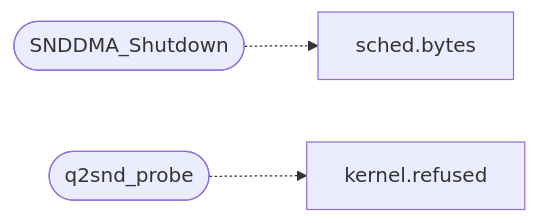
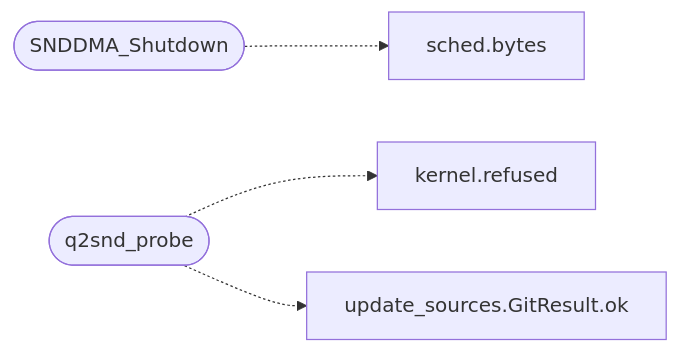
Before and after one commit to grisuno/miniOS: the diagram in readmenator-apidocs/modules/progs.quake2generic.snddma_minios.c.md, drawn with Mermaid. The commit also changed other lines of this file and 90 other files, not shown here.

````diff
--- a/readmenator-apidocs/modules/progs.quake2generic.snddma_minios.c.md
+++ b/readmenator-apidocs/modules/progs.quake2generic.snddma_minios.c.md
@@ -16,9 +16,11 @@
 ```mermaid
 flowchart LR
     n_progs_quake2generic_snddma_minios_c__SNDDMA_Shutdown(["SNDDMA_Shutdown"])
     n_headers_sched_h__bytes["sched.bytes"]
     n_progs_quake2generic_snddma_minios_c__q2snd_probe(["q2snd_probe"])
     n_headers_kernel_h__refused["kernel.refused"]
+    n_tools_update_sources_py__GitResult_ok["update_sources.GitResult.ok"]
     n_progs_quake2generic_snddma_minios_c__SNDDMA_Shutdown -.-> n_headers_sched_h__bytes
     n_progs_quake2generic_snddma_minios_c__q2snd_probe -.-> n_headers_kernel_h__refused
+    n_progs_quake2generic_snddma_minios_c__q2snd_probe -.-> n_tools_update_sources_py__GitResult_ok
 ```
````
